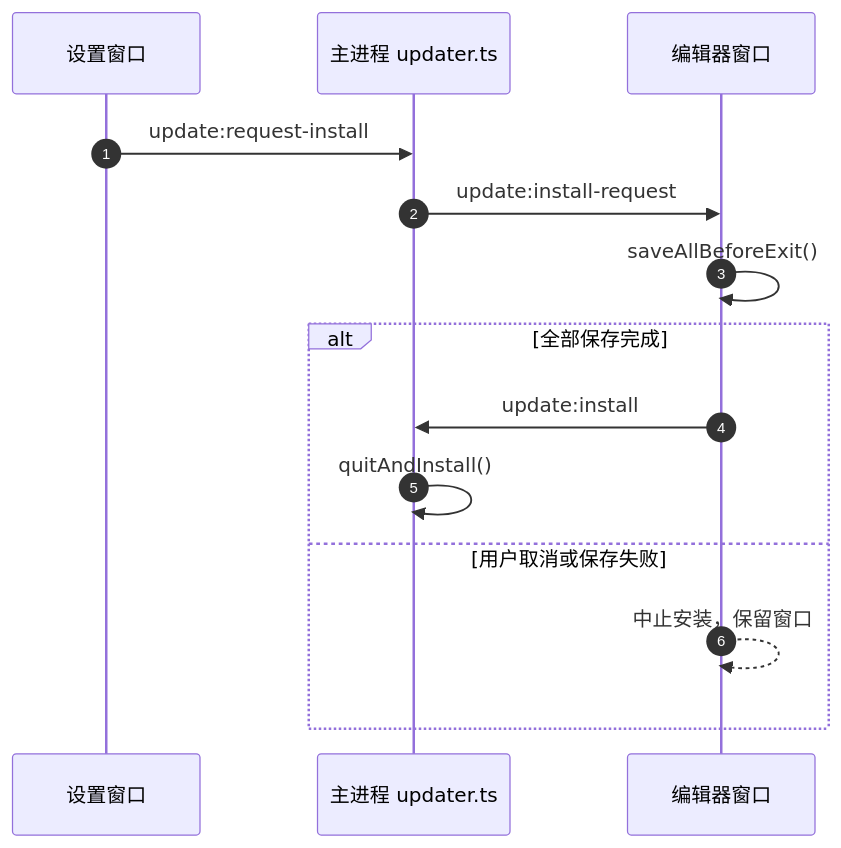
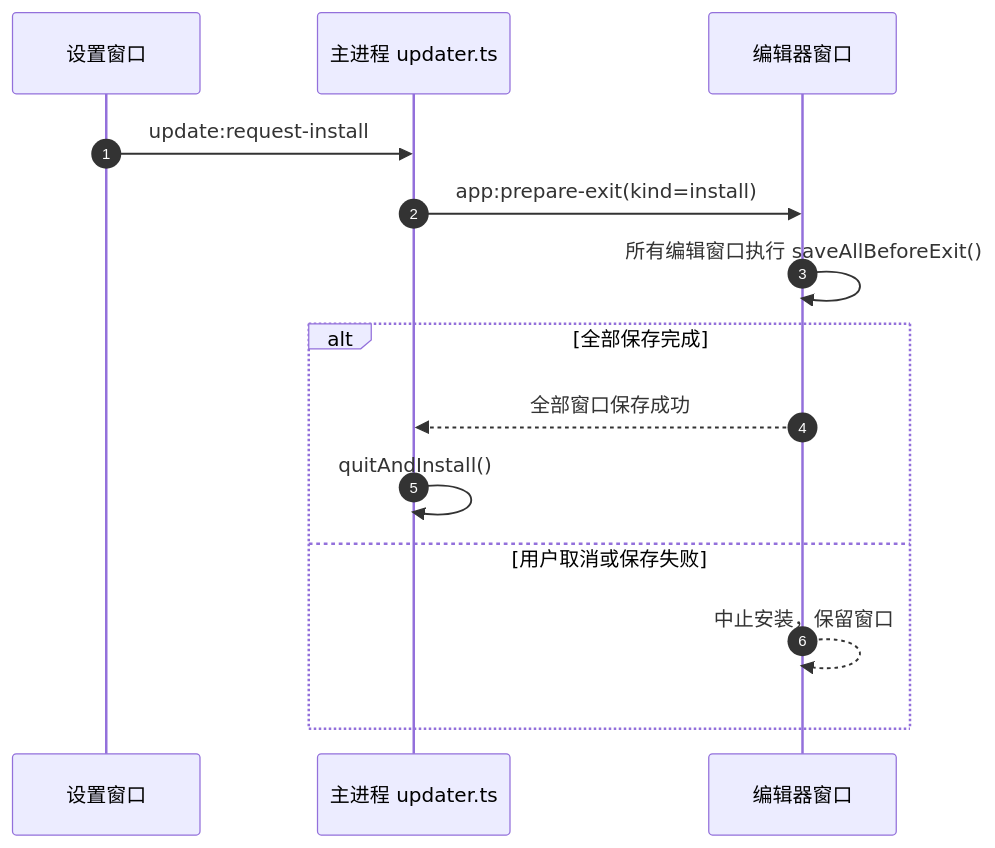
The second of 2 diagrams in docs/独立设置窗口.md (Harley-xk/mark-it), drawn with Mermaid before and after one commit. The commit also changed other lines of this file and 47 other files, not shown here.

````diff
--- a/docs/独立设置窗口.md
+++ b/docs/独立设置窗口.md
@@ -117,17 +117,17 @@
 ```mermaid
 sequenceDiagram
   autonumber
   participant SW as 设置窗口
   participant UP as 主进程 updater.ts
   participant MW as 编辑器窗口
 
   SW->>UP: update:request-install
-  UP->>MW: update:install-request
-  MW->>MW: saveAllBeforeExit()
+  UP->>MW: app:prepare-exit(kind=install)
+  MW->>MW: 所有编辑窗口执行 saveAllBeforeExit()
   alt 全部保存完成
-    MW->>UP: update:install
+    MW-->>UP: 全部窗口保存成功
     UP->>UP: quitAndInstall()
   else 用户取消或保存失败
     MW-->>MW: 中止安装，保留窗口
   end
 ```
````
